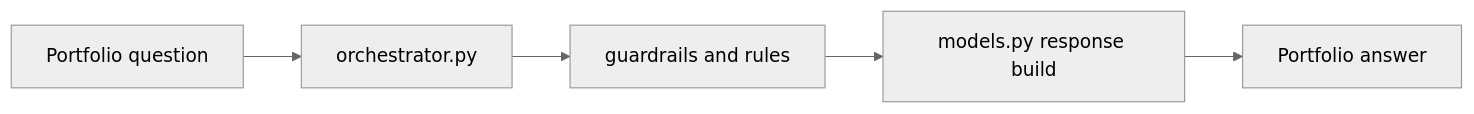
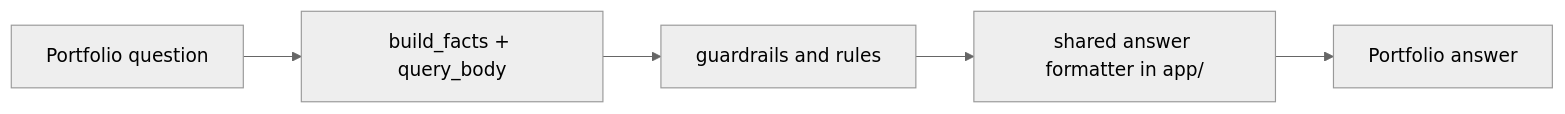
Before and after one commit to tilly5317-lab/Prozpr_Backend: the diagram in AI_Agents/src/portfolio_query/README.md, drawn with Mermaid (neutral theme). The commit also changed other lines of this file and 64 other files, not shown here.

First line of the commit message:
Centralize reply LLM in shared answer formatter

````diff
--- a/AI_Agents/src/portfolio_query/README.md
+++ b/AI_Agents/src/portfolio_query/README.md
@@ -11,7 +12,7 @@
 ```mermaid
 flowchart LR
-    A[Portfolio question] --> B[orchestrator.py]
+    A[Portfolio question] --> B[build_facts + query_body]
     B --> C[guardrails and rules]
-    C --> D[models.py response build]
+    C --> D[shared answer formatter in app/]
     D --> E[Portfolio answer]
 ```
````
